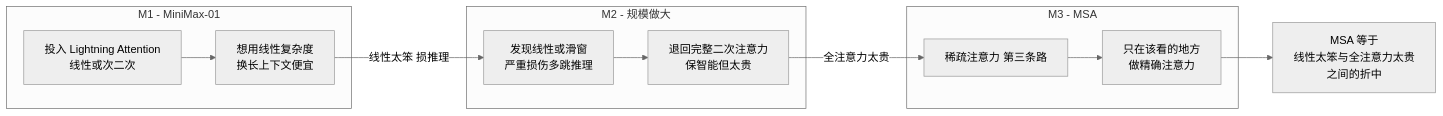
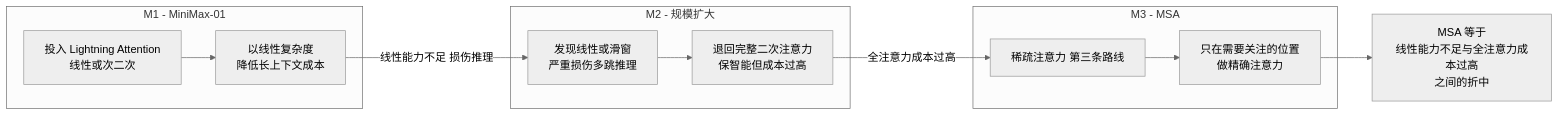
One commit to lloo099/mission44 changed the first of 4 diagrams in docs/blog/dispatch-04-minimax-msa.md. Above: the diagram before and after it, drawn with Mermaid (neutral theme). The commit also changed other lines of this file and 24 other files, not shown here.

Commit message:
全站文风统一:29 篇按'专业简洁、去口语化'标准批量修订 — 确定性替换 100 处(崩法→失稳模式/洼地→空白领域/占坑→公开工作/黑箱→未公开/datatype 动物园→谱系/押注→投入/护城河→竞争壁垒 等)+ 8 个编辑 agent 分批逐句精修(D24 单篇 38 处;两轮均遇用量上限中断后续跑完成)+ blog.json 摘要 6 处 + 综述残留 2 处. 术语全站一致化; 29 文件 mermaid 全验证 0 errors; 快照页同步重建

````diff
--- a/docs/blog/dispatch-04-minimax-msa.md
+++ b/docs/blog/dispatch-04-minimax-msa.md
@@ -21,21 +21,21 @@
 ```mermaid
 flowchart LR
     subgraph M1 ["M1 - MiniMax-01"]
         A1["投入 Lightning Attention<br/>线性或次二次"]
-        A2["想用线性复杂度<br/>换长上下文便宜"]
+        A2["以线性复杂度<br/>降低长上下文成本"]
         A1 --> A2
     end
-    subgraph M2 ["M2 - 规模做大"]
+    subgraph M2 ["M2 - 规模扩大"]
         B1["发现线性或滑窗<br/>严重损伤多跳推理"]
-        B2["退回完整二次注意力<br/>保智能但太贵"]
+        B2["退回完整二次注意力<br/>保智能但成本过高"]
         B1 --> B2
     end
     subgraph M3 ["M3 - MSA"]
-        C1["稀疏注意力 第三条路"]
-        C2["只在该看的地方<br/>做精确注意力"]
+        C1["稀疏注意力 第三条路线"]
+        C2["只在需要关注的位置<br/>做精确注意力"]
         C1 --> C2
     end
-    A2 -->|"线性太笨 损推理"| B1
-    B2 -->|"全注意力太贵"| C1
-    C2 --> D["MSA 等于<br/>线性太笨与全注意力太贵<br/>之间的折中"]
+    A2 -->|"线性能力不足 损伤推理"| B1
+    B2 -->|"全注意力成本过高"| C1
+    C2 --> D["MSA 等于<br/>线性能力不足与全注意力成本过高<br/>之间的折中"]
 ```
````
